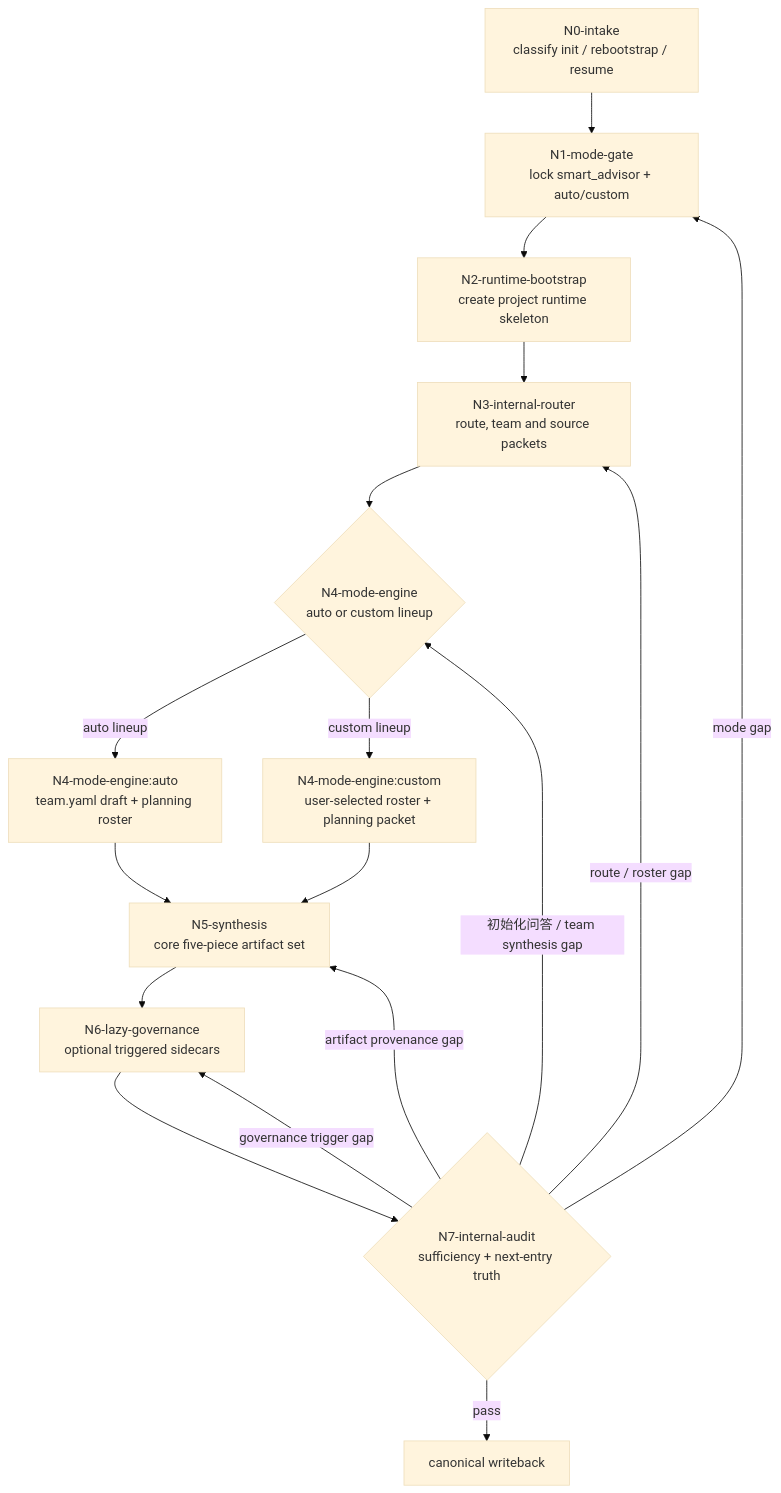
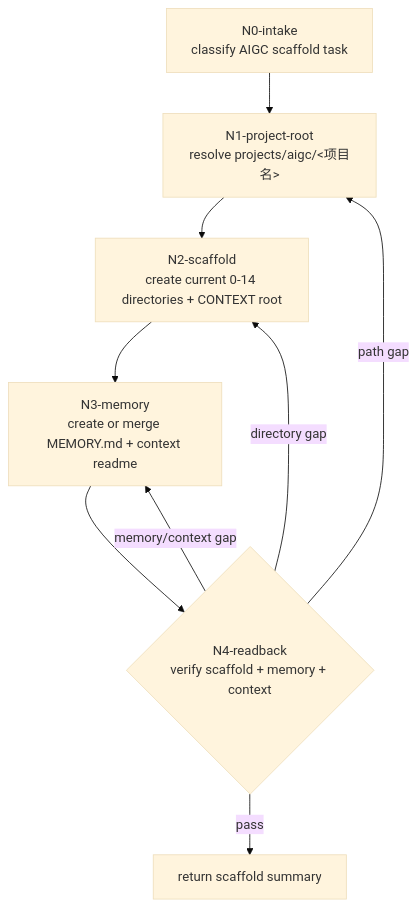
The diagram in .agents/skills/aigc/0-初始化/steps/init-workflow.md (ZEN-VOID/AI-CUT), drawn with Mermaid (base theme) before and after one commit. The commit also changed other lines of this file and 739 other files, not shown here.

````diff
--- a/.agents/skills/aigc/0-初始化/steps/init-workflow.md
+++ b/.agents/skills/aigc/0-初始化/steps/init-workflow.md
@@ -15,19 +15,11 @@
 ```mermaid
 flowchart TD
-    N0["N0-intake<br/>classify init / rebootstrap / resume"] --> N1["N1-mode-gate<br/>lock smart_advisor + auto/custom"]
-    N1 --> N2["N2-runtime-bootstrap<br/>create project runtime skeleton"]
-    N2 --> N3["N3-internal-router<br/>route, team and source packets"]
-    N3 --> N4{"N4-mode-engine<br/>auto or custom lineup"}
-    N4 -->|"auto lineup"| N4A["N4-mode-engine:auto<br/>team.yaml draft + planning roster"]
-    N4 -->|"custom lineup"| N4C["N4-mode-engine:custom<br/>user-selected roster + planning packet"]
-    N4A --> N5["N5-synthesis<br/>core five-piece artifact set"]
-    N4C --> N5
-    N5 --> N6["N6-lazy-governance<br/>optional triggered sidecars"]
-    N6 --> N7{"N7-internal-audit<br/>sufficiency + next-entry truth"}
-    N7 -->|"pass"| W["canonical writeback"]
-    N7 -->|"mode gap"| N1
-    N7 -->|"route / roster gap"| N3
-    N7 -->|"初始化问答 / team synthesis gap"| N4
-    N7 -->|"artifact provenance gap"| N5
-    N7 -->|"governance trigger gap"| N6
+    N0["N0-intake<br/>classify AIGC scaffold task"] --> N1["N1-project-root<br/>resolve projects/aigc/<项目名>"]
+    N1 --> N2["N2-scaffold<br/>create current 0-14 directories + CONTEXT root"]
+    N2 --> N3["N3-memory<br/>create or merge MEMORY.md + context readme"]
+    N3 --> N4{"N4-readback<br/>verify scaffold + memory + context"}
+    N4 -->|"pass"| W["return scaffold summary"]
+    N4 -->|"path gap"| N1
+    N4 -->|"directory gap"| N2
+    N4 -->|"memory/context gap"| N3
 ```
````
